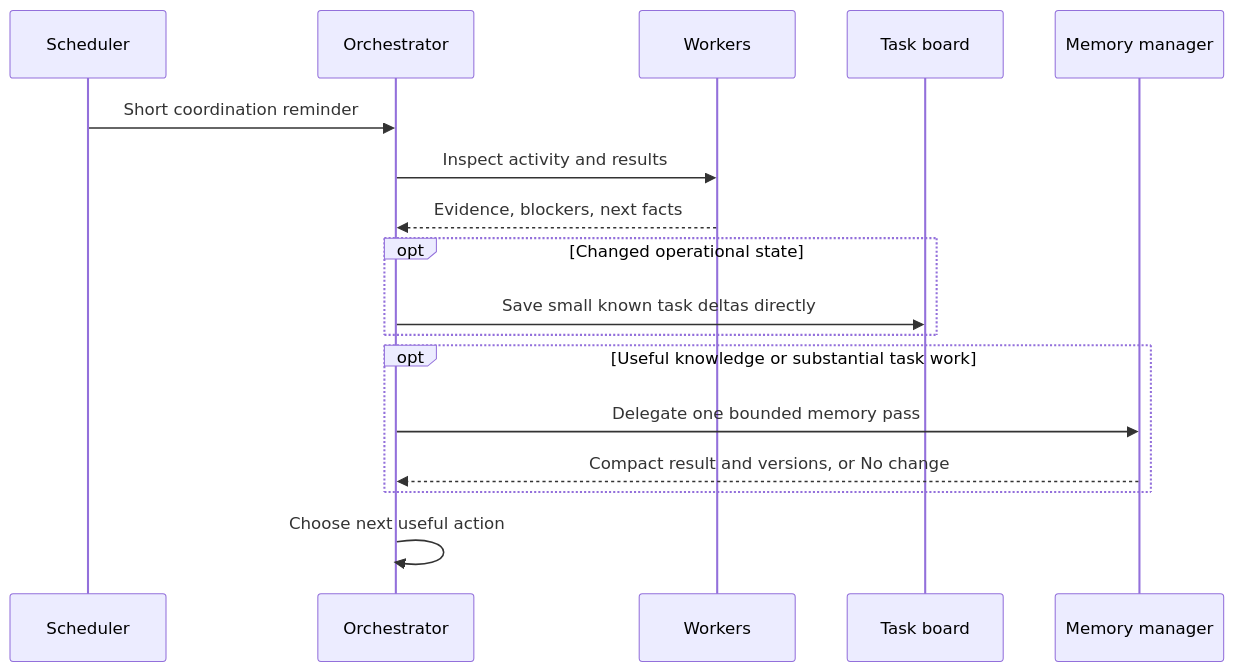
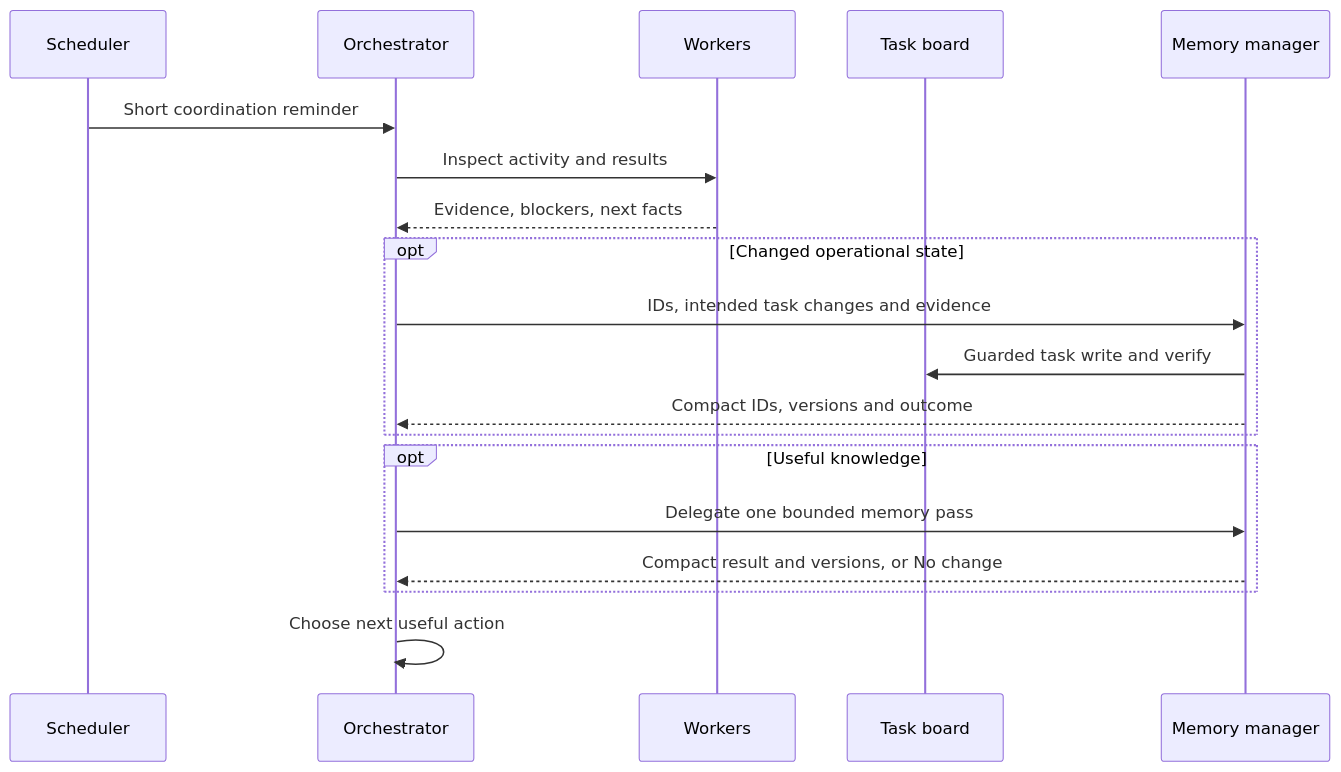
Before and after one commit to smartfrog/opencode-froggy: the fifth of 5 diagrams in docs/orchestration.md, drawn with Mermaid. The commit also changed other lines of this file and 19 other files, not shown here.

````diff
--- a/docs/orchestration.md
+++ b/docs/orchestration.md
@@ -203,19 +205,21 @@
 ```mermaid
 sequenceDiagram
     participant Timer as Scheduler
     participant O as Orchestrator
     participant W as Workers
     participant T as Task board
     participant M as Memory manager
     Timer->>O: Short coordination reminder
     O->>W: Inspect activity and results
     W-->>O: Evidence, blockers, next facts
     opt Changed operational state
-        O->>T: Save small known task deltas directly
+        O->>M: IDs, intended task changes and evidence
+        M->>T: Guarded task write and verify
+        M-->>O: Compact IDs, versions and outcome
     end
-    opt Useful knowledge or substantial task work
+    opt Useful knowledge
         O->>M: Delegate one bounded memory pass
         M-->>O: Compact result and versions, or No change
     end
     O->>O: Choose next useful action
 ```
````
